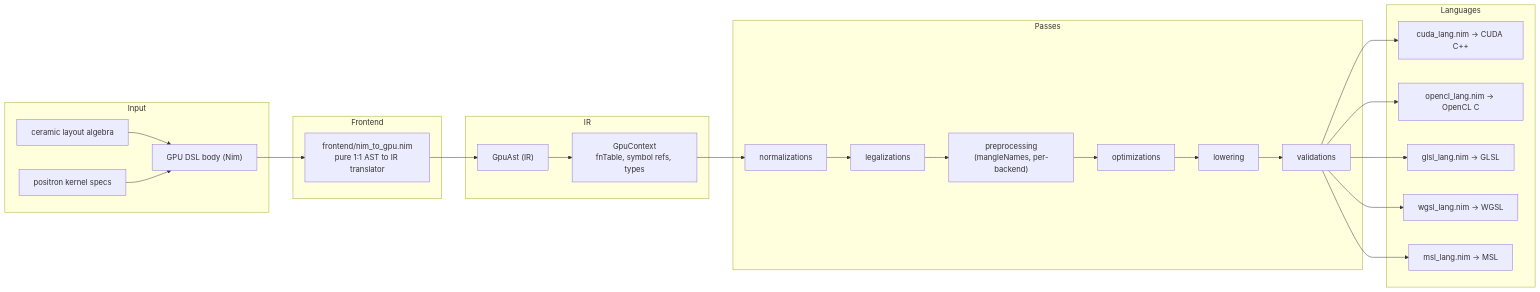
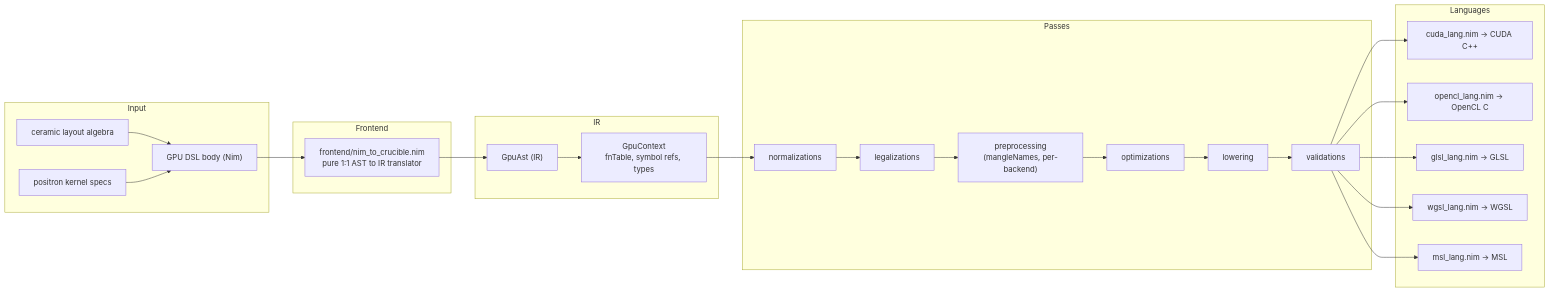
One commit to mratsim/tattletale changed the diagram in workspace/crucible/ARCHITECTURE.md. Above: the diagram before and after it, drawn with Mermaid. The commit also changed other lines of this file and 30 other files, not shown here.

````diff
--- a/workspace/crucible/ARCHITECTURE.md
+++ b/workspace/crucible/ARCHITECTURE.md
@@ -52,42 +52,42 @@
 ```mermaid
 flowchart LR
     subgraph Input
         DSL["GPU DSL body (Nim)"]
         CER["ceramic layout algebra"]
         POS["positron kernel specs"]
     end
 
     subgraph Frontend
-        F["frontend/nim_to_gpu.nim<br/>pure 1:1 AST to IR translator"]
+        F["frontend/nim_to_crucible.nim<br/>pure 1:1 AST to IR translator"]
     end
 
     subgraph IR
         AST["GpuAst (IR)"]
         CTX["GpuContext<br/>fnTable, symbol refs, types"]
     end
 
     subgraph Passes
         N["normalizations"]
         LEG["legalizations"]
         PRE["preprocessing<br/>(mangleNames, per-backend)"]
         OPT["optimizations"]
         LOW["lowering"]
         V["validations"]
     end
 
     subgraph Languages
         B1["cuda_lang.nim -> CUDA C++"]
         B2["opencl_lang.nim -> OpenCL C"]
         B3["glsl_lang.nim -> GLSL"]
         B4["wgsl_lang.nim -> WGSL"]
         B5["msl_lang.nim -> MSL"]
     end
 
     DSL --> F
     CER --> DSL
     POS --> DSL
     F --> AST
     AST --> CTX
     CTX --> N --> LEG --> PRE --> OPT --> LOW --> V
     V --> B1 & B2 & B3 & B4 & B5
 ```
````
